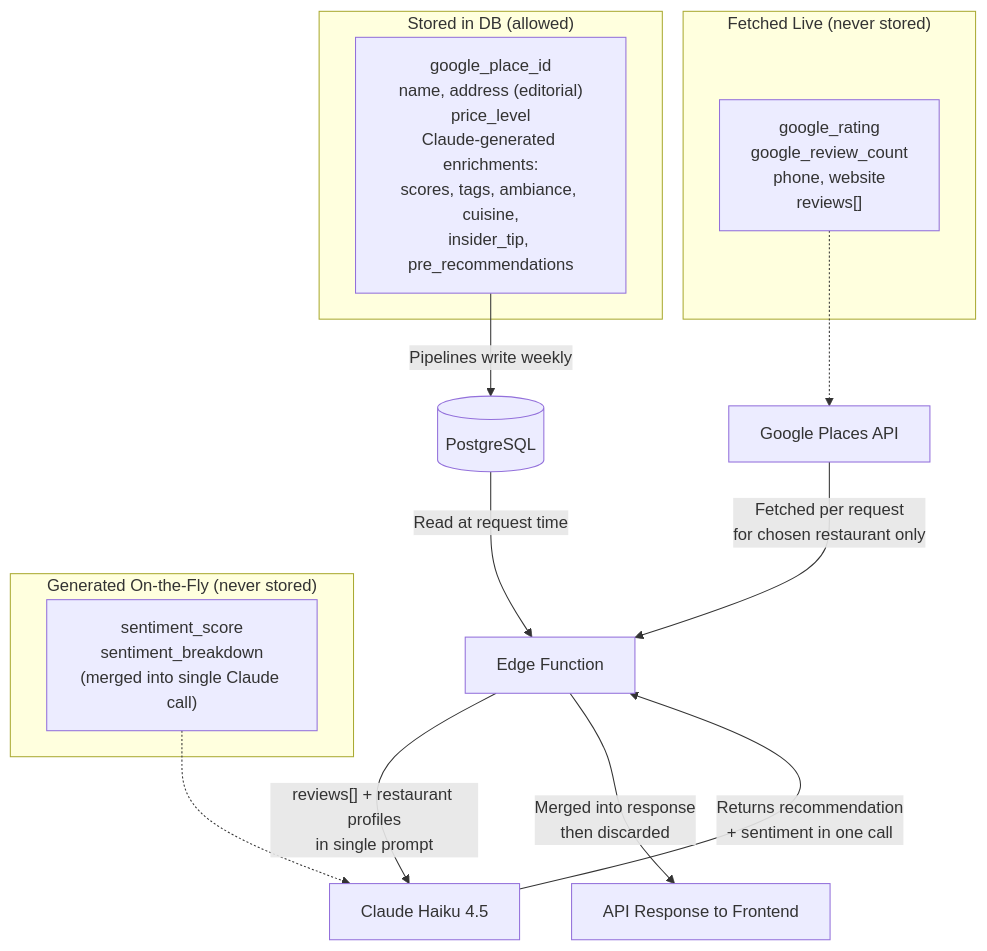
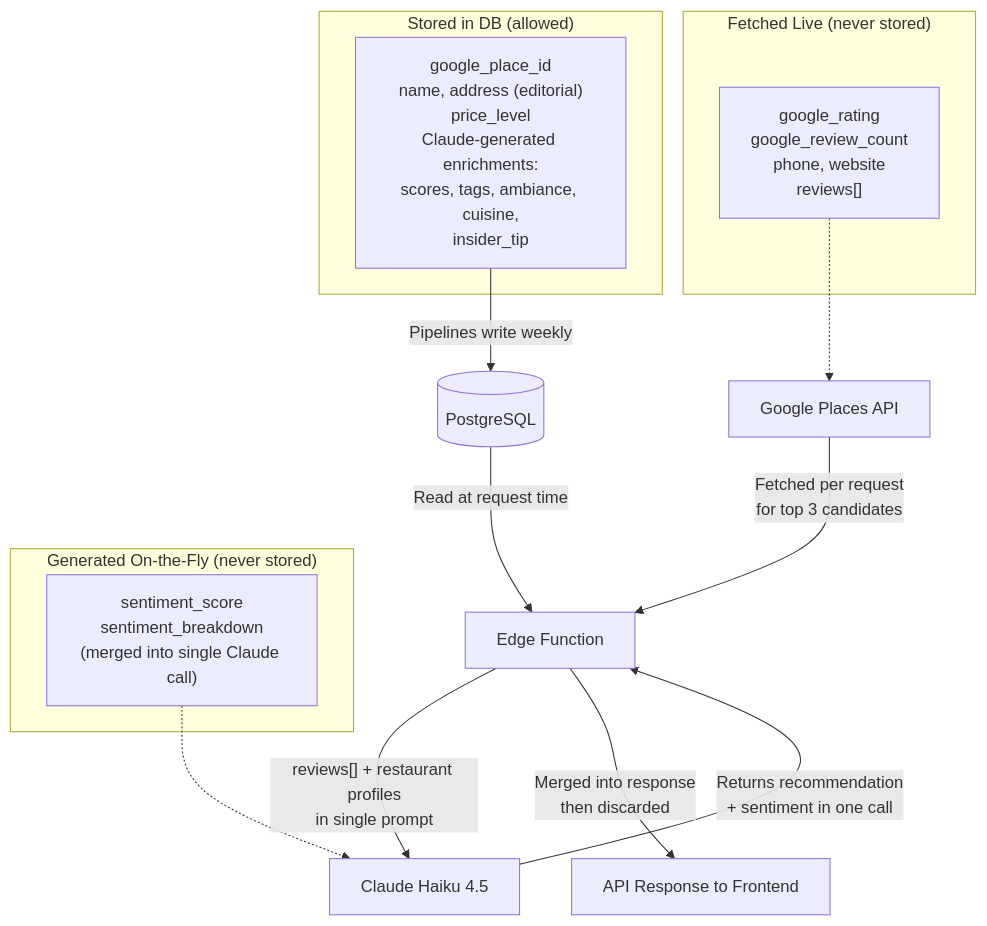
The sixth of 9 diagrams in docs/system-architecture.md (aacrit/dondeBackend), drawn with Mermaid before and after one commit. The commit also changed other lines of this file and 8 other files, not shown here.

First line of the commit message:
Remove pre-recommendations pipeline — all requests now use live Claude

````diff
--- a/docs/system-architecture.md
+++ b/docs/system-architecture.md
@@ -306,24 +232,24 @@
 ```mermaid
 flowchart TB
     subgraph "Stored in DB (allowed)"
-        STORED["google_place_id<br/>name, address (editorial)<br/>price_level<br/>Claude-generated enrichments:<br/>scores, tags, ambiance, cuisine,<br/>insider_tip, pre_recommendations"]
+        STORED["google_place_id<br/>name, address (editorial)<br/>price_level<br/>Claude-generated enrichments:<br/>scores, tags, ambiance, cuisine,<br/>insider_tip"]
     end
 
     subgraph "Fetched Live (never stored)"
         LIVE["google_rating<br/>google_review_count<br/>phone, website<br/>reviews[]"]
     end
 
     subgraph "Generated On-the-Fly (never stored)"
         GENERATED["sentiment_score<br/>sentiment_breakdown<br/>(merged into single Claude call)"]
     end
 
     STORED --> |"Pipelines write weekly"| DB[(PostgreSQL)]
     DB --> |"Read at request time"| EF[Edge Function]
-    GOOGLE[Google Places API] --> |"Fetched per request<br/>for chosen restaurant only"| EF
+    GOOGLE[Google Places API] --> |"Fetched per request<br/>for top 3 candidates"| EF
     EF --> |"reviews[] + restaurant profiles<br/>in single prompt"| CLAUDE[Claude Haiku 4.5]
     CLAUDE --> |"Returns recommendation<br/>+ sentiment in one call"| EF
     EF --> |"Merged into response<br/>then discarded"| RESP[API Response to Frontend]
 
     LIVE -.-> GOOGLE
     GENERATED -.-> CLAUDE
 ```
````
